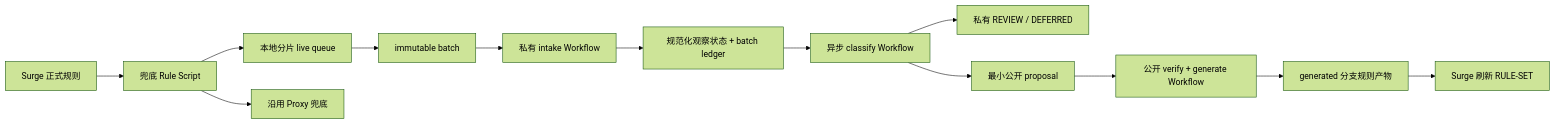
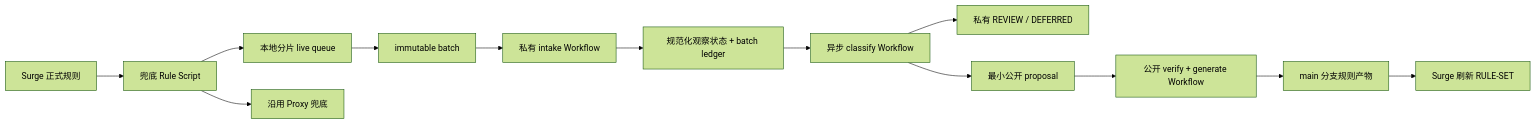
One commit to ForestofTime/Surge changed the diagram in docs/plans/01-fallback-rule-learning.md. Above: the diagram before and after it, drawn with Mermaid (forest theme). The commit also changed other lines of this file and 19 other files, not shown here.

````diff
--- a/docs/plans/01-fallback-rule-learning.md
+++ b/docs/plans/01-fallback-rule-learning.md
@@ -69,15 +69,15 @@
 ```mermaid
 flowchart LR
     A["Surge 正式规则"] --> B["兜底 Rule Script"]
     B --> C["本地分片 live queue"]
     B --> D["沿用 Proxy 兜底"]
     C --> E["immutable batch"]
     E --> F["私有 intake Workflow"]
     F --> G["规范化观察状态 + batch ledger"]
     G --> H["异步 classify Workflow"]
     H --> I["私有 REVIEW / DEFERRED"]
     H --> J["最小公开 proposal"]
     J --> K["公开 verify + generate Workflow"]
-    K --> L["generated 分支规则产物"]
+    K --> L["main 分支规则产物"]
     L --> M["Surge 刷新 RULE-SET"]
 ```
````
